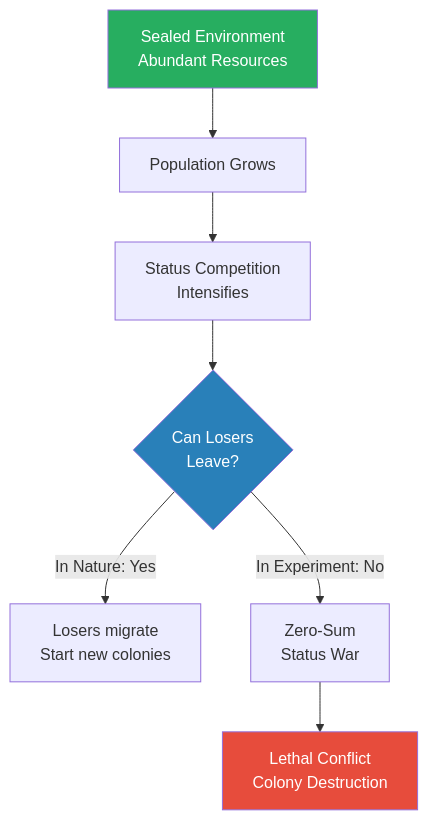
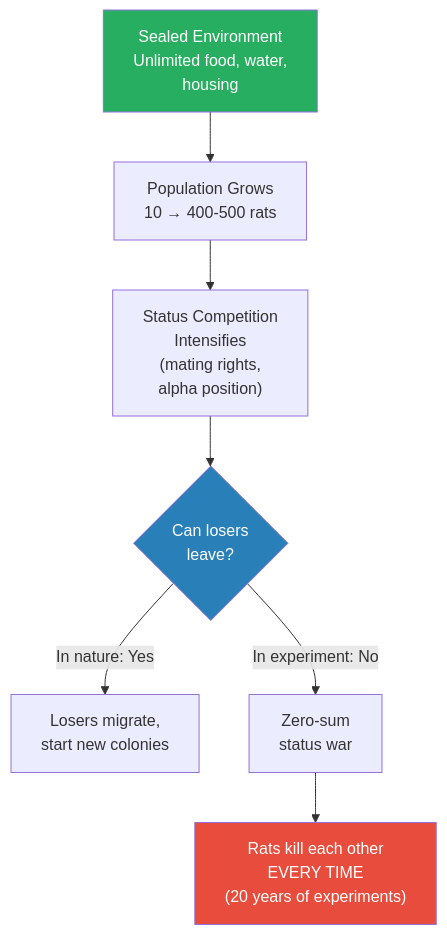
One commit to alius33/reader changed the third of 11 diagrams in summaries/Lectures/Secret History/02 - How Societies Collapse.md. Above: the diagram before and after it, drawn with Mermaid. The commit also changed other lines of this file and 26 other files, not shown here.

````diff
--- a/summaries/Lectures/Secret History/02 - How Societies Collapse.md
+++ b/summaries/Lectures/Secret History/02 - How Societies Collapse.md
@@ -122,12 +155,12 @@
 ```mermaid
 flowchart TB
-    A["Sealed Environment<br/>Abundant Resources"] --> B["Population Grows"]
-    B --> C["Status Competition<br/>Intensifies"]
-    C --> D{"Can Losers<br/>Leave?"}
-    D -->|"In Nature: Yes"| E["Losers migrate<br/>Start new colonies"]
-    D -->|"In Experiment: No"| F["Zero-Sum<br/>Status War"]
-    F --> G["Lethal Conflict<br/>Colony Destruction"]
+    A["Sealed Environment<br/>Unlimited food, water,<br/>housing"] --> B["Population Grows<br/>10 → 400-500 rats"]
+    B --> C["Status Competition<br/>Intensifies<br/>(mating rights,<br/>alpha position)"]
+    C --> D{"Can losers<br/>leave?"}
+    D -->|"In nature: Yes"| E["Losers migrate,<br/>start new colonies"]
+    D -->|"In experiment: No"| F["Zero-sum<br/>status war"]
+    F --> G["Rats kill each other<br/>EVERY TIME<br/>(20 years of experiments)"]
     style A fill:#27ae60,color:#fff
     style G fill:#e74c3c,color:#fff
     style D fill:#2980b9,color:#fff
 ```
````
